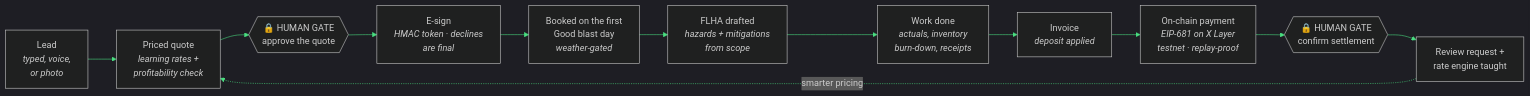
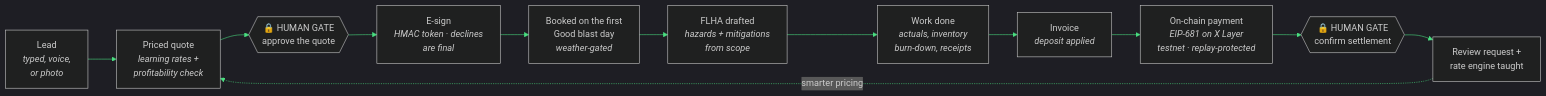
Before and after one commit to kr8tiv-ai/evolved: the diagram in README.md, drawn with Mermaid. The commit also changed other lines of this file and 14 other files, not shown here.

````diff
--- a/README.md
+++ b/README.md
@@ -66,15 +72,15 @@
 ```mermaid
 %%{init: {"theme": "dark", "themeVariables": {"primaryColor": "#101010", "primaryBorderColor": "#4ade80", "primaryTextColor": "#f3f4f6", "lineColor": "#4ade80", "fontFamily": "Segoe UI"}}}%%
 flowchart LR
     A[Lead<br><i>typed, voice,<br>or photo</i>] --> B[Priced quote<br><i>learning rates +<br>profitability check</i>]
     B --> G1{{"🔒 HUMAN GATE<br>approve the quote"}}
     G1 --> C[E-sign<br><i>HMAC token · declines<br>are final</i>]
     C --> D[Booked on the first<br>Good blast day<br><i>weather-gated</i>]
     D --> E[FLHA drafted<br><i>hazards + mitigations<br>from scope</i>]
     E --> F[Work done<br><i>actuals, inventory<br>burn-down, receipts</i>]
     F --> H[Invoice<br><i>deposit applied</i>]
-    H --> I[On-chain payment<br><i>EIP-681 on X Layer<br>testnet · replay-proof</i>]
+    H --> I[On-chain payment<br><i>EIP-681 on X Layer<br>testnet · replay-protected</i>]
     I --> G2{{"🔒 HUMAN GATE<br>confirm settlement"}}
     G2 --> J[Review request +<br>rate engine taught]
     J -.->|smarter pricing| B
 ```
````
